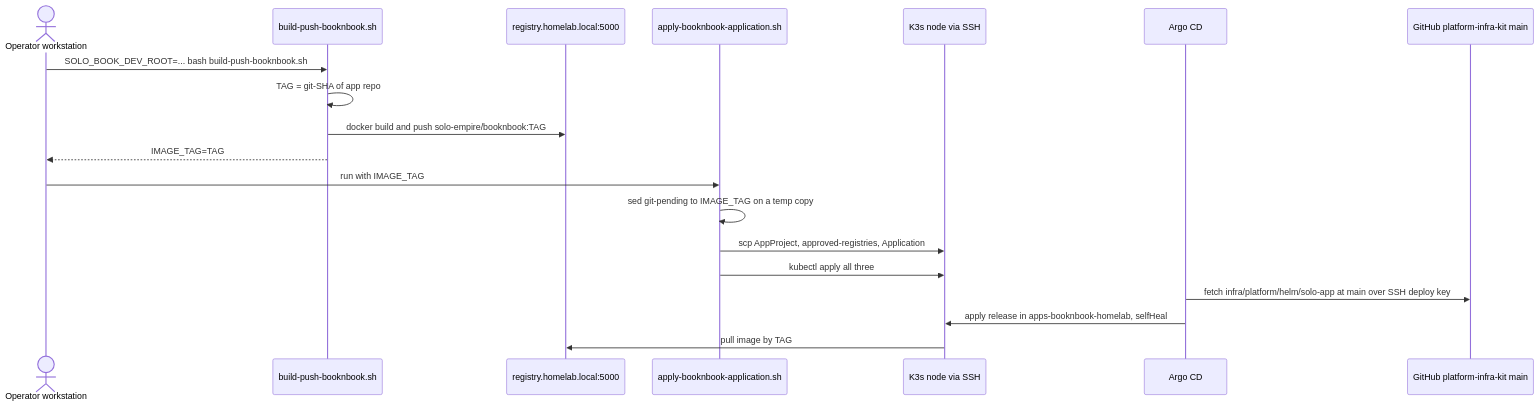
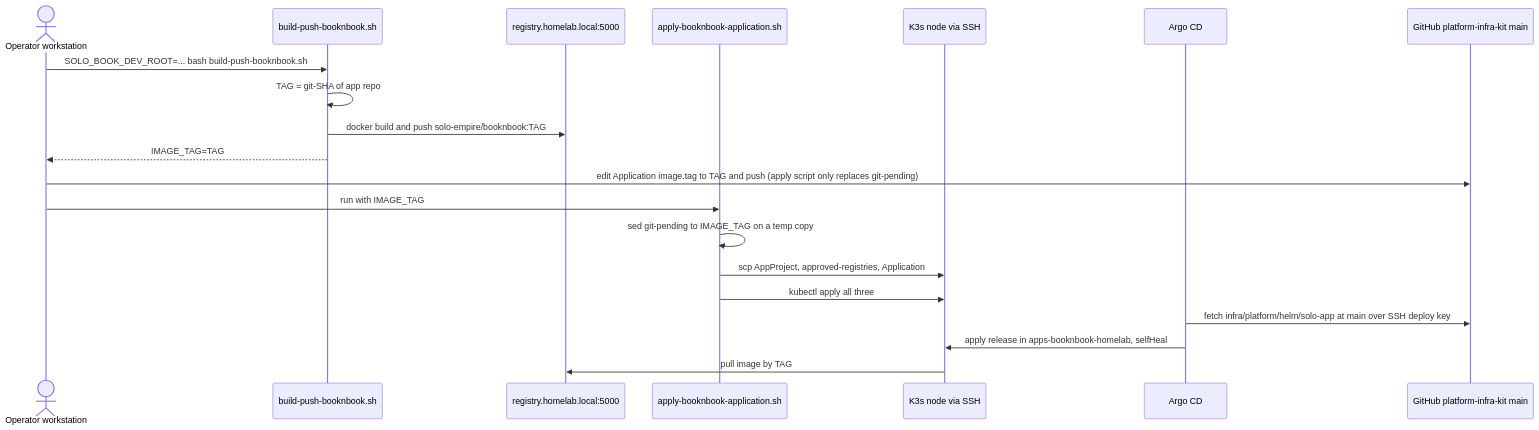
The second of 4 diagrams in docs/diagrams/10-sequences.md (bookchaowalit/platform-infra-kit), drawn with Mermaid before and after one commit.

Commit message:
docs: release sequence updates the Application image tag before apply

````diff
--- a/docs/diagrams/10-sequences.md
+++ b/docs/diagrams/10-sequences.md
@@ -39,21 +39,22 @@
 ```mermaid
 sequenceDiagram
   actor Op as Operator workstation
   participant BP as build-push-booknbook.sh
   participant REG as registry.homelab.local:5000
   participant AP as apply-booknbook-application.sh
   participant K3S as K3s node via SSH
   participant AR as Argo CD
   participant GH as GitHub platform-infra-kit main
   Op->>BP: SOLO_BOOK_DEV_ROOT=... bash build-push-booknbook.sh
   BP->>BP: TAG = git-SHA of app repo
   BP->>REG: docker build and push solo-empire/booknbook:TAG
   BP-->>Op: IMAGE_TAG=TAG
+  Op->>GH: edit Application image.tag to TAG and push (apply script only replaces git-pending)
   Op->>AP: run with IMAGE_TAG
   AP->>AP: sed git-pending to IMAGE_TAG on a temp copy
   AP->>K3S: scp AppProject, approved-registries, Application
   AP->>K3S: kubectl apply all three
   AR->>GH: fetch infra/platform/helm/solo-app at main over SSH deploy key
   AR->>K3S: apply release in apps-booknbook-homelab, selfHeal
   K3S->>REG: pull image by TAG
 ```
````
